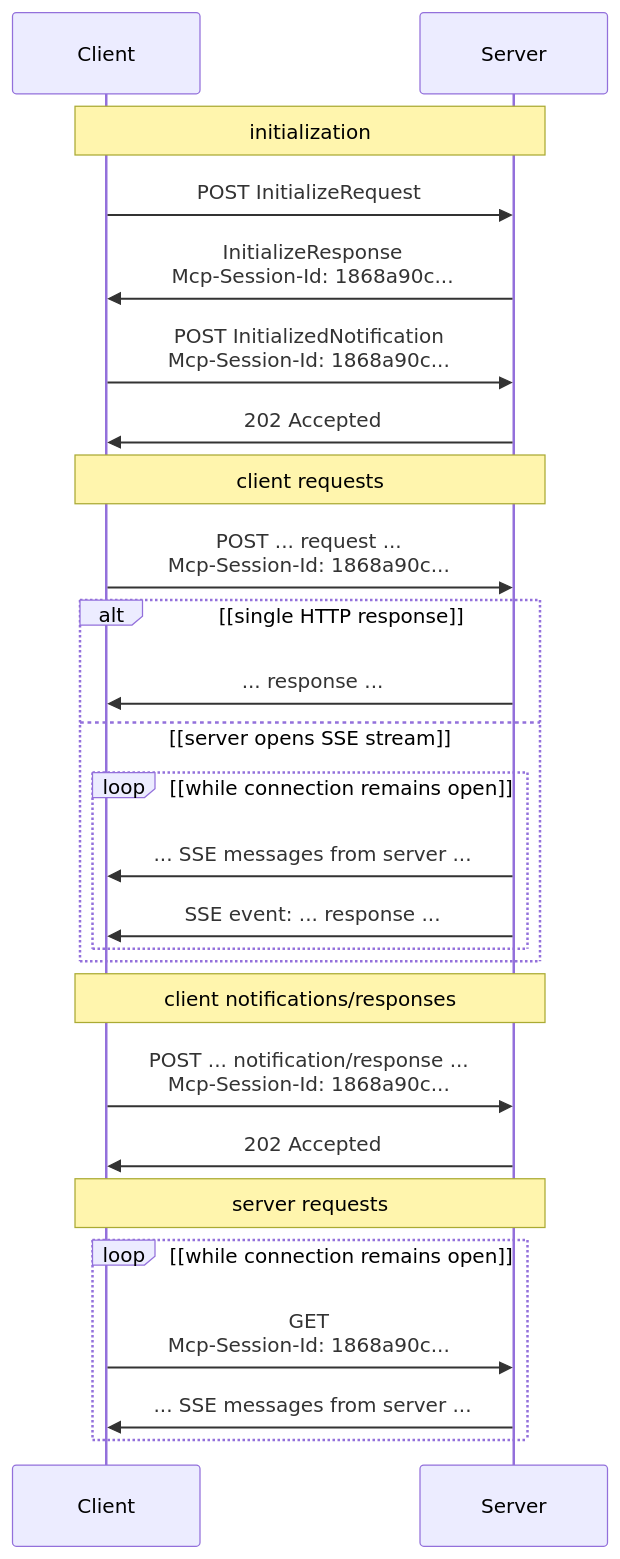
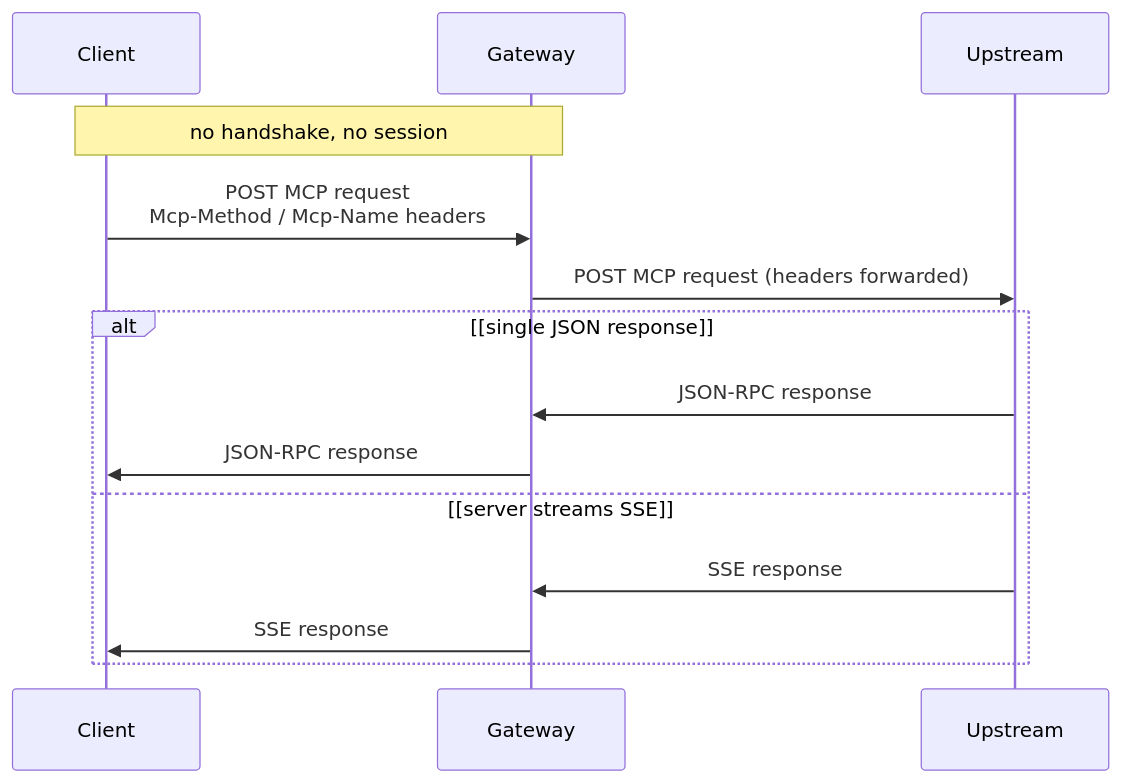
Before and after one commit to TU-Wien-dataLAB/aqueduct: the diagram in docs/api/mcp.md, drawn with Mermaid. The commit also changed other lines of this file and 9 other files, not shown here.

````diff
--- a/docs/api/mcp.md
+++ b/docs/api/mcp.md
@@ -30,33 +40,17 @@
 ``` mermaid
 sequenceDiagram
     participant Client
-    participant Server
-    
-    note over Client,Server: initialization
-    Client->>Server: POST InitializeRequest
-    Server->>Client: InitializeResponse<br/>Mcp-Session-Id: 1868a90c...
-    Client->>Server: POST InitializedNotification<br/>Mcp-Session-Id: 1868a90c...
-    Server->>Client: 202 Accepted
-    
-    note over Client,Server: client requests
-    Client->>Server: POST ... request ...<br/>Mcp-Session-Id: 1868a90c...
-    
-    alt [single HTTP response]
-        Server->>Client: ... response ...
-    else [server opens SSE stream]
-        loop [while connection remains open]
-            Server->>Client: ... SSE messages from server ...
-            Server->>Client: SSE event: ... response ...
-        end
-    end
-    
-    note over Client,Server: client notifications/responses
-    Client->>Server: POST ... notification/response ...<br/>Mcp-Session-Id: 1868a90c...
-    Server->>Client: 202 Accepted
-    
-    note over Client,Server: server requests
-    loop [while connection remains open]
-        Client->>Server: GET<br/>Mcp-Session-Id: 1868a90c...
-        Server->>Client: ... SSE messages from server ...
+    participant Gateway
+    participant Upstream
+
+    note over Client,Gateway: no handshake, no session
+    Client->>Gateway: POST MCP request<br/>Mcp-Method / Mcp-Name headers
+    Gateway->>Upstream: POST MCP request (headers forwarded)
+    alt [single JSON response]
+        Upstream->>Gateway: JSON-RPC response
+        Gateway->>Client: JSON-RPC response
+    else [server streams SSE]
+        Upstream->>Gateway: SSE response
+        Gateway->>Client: SSE response
     end
 ```
````
